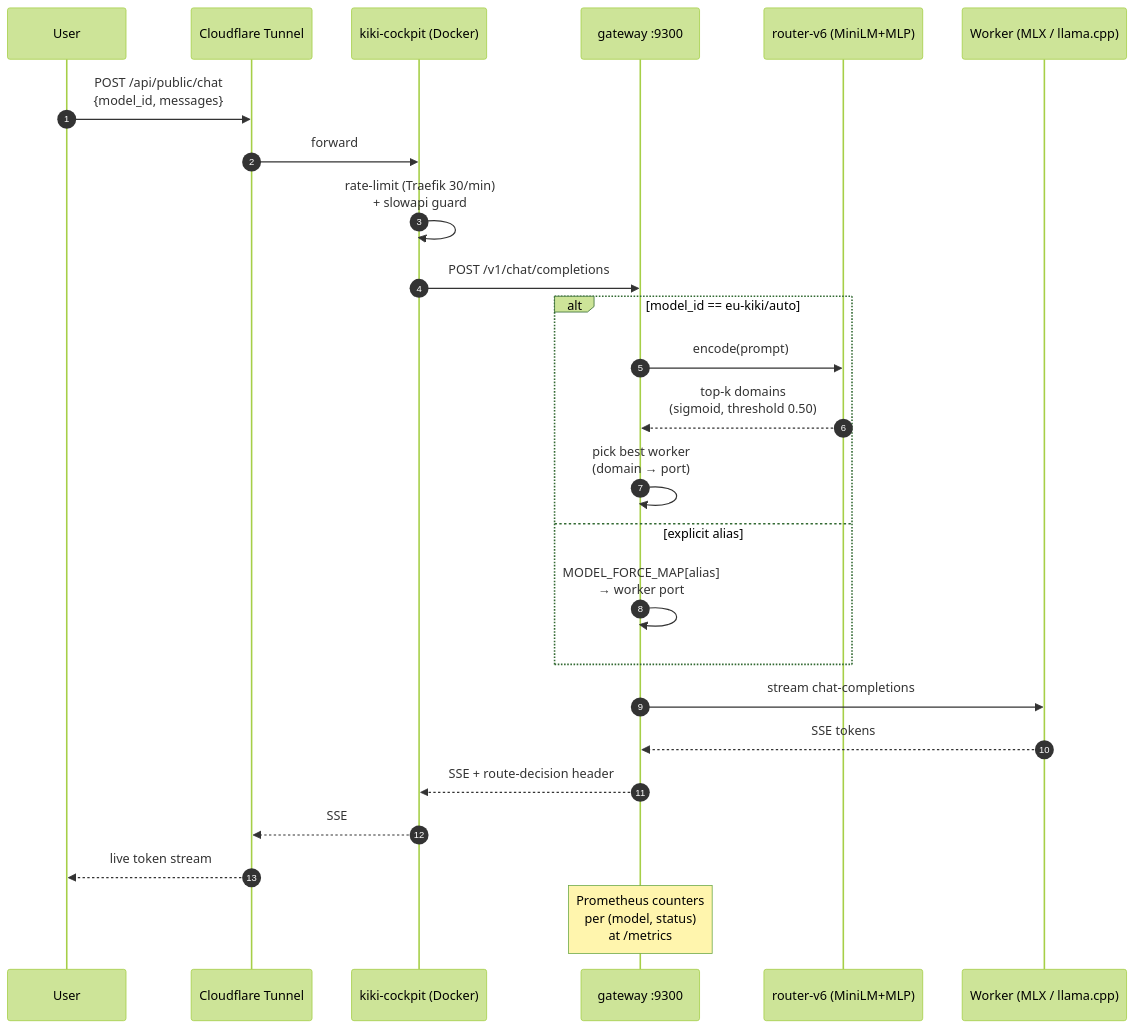
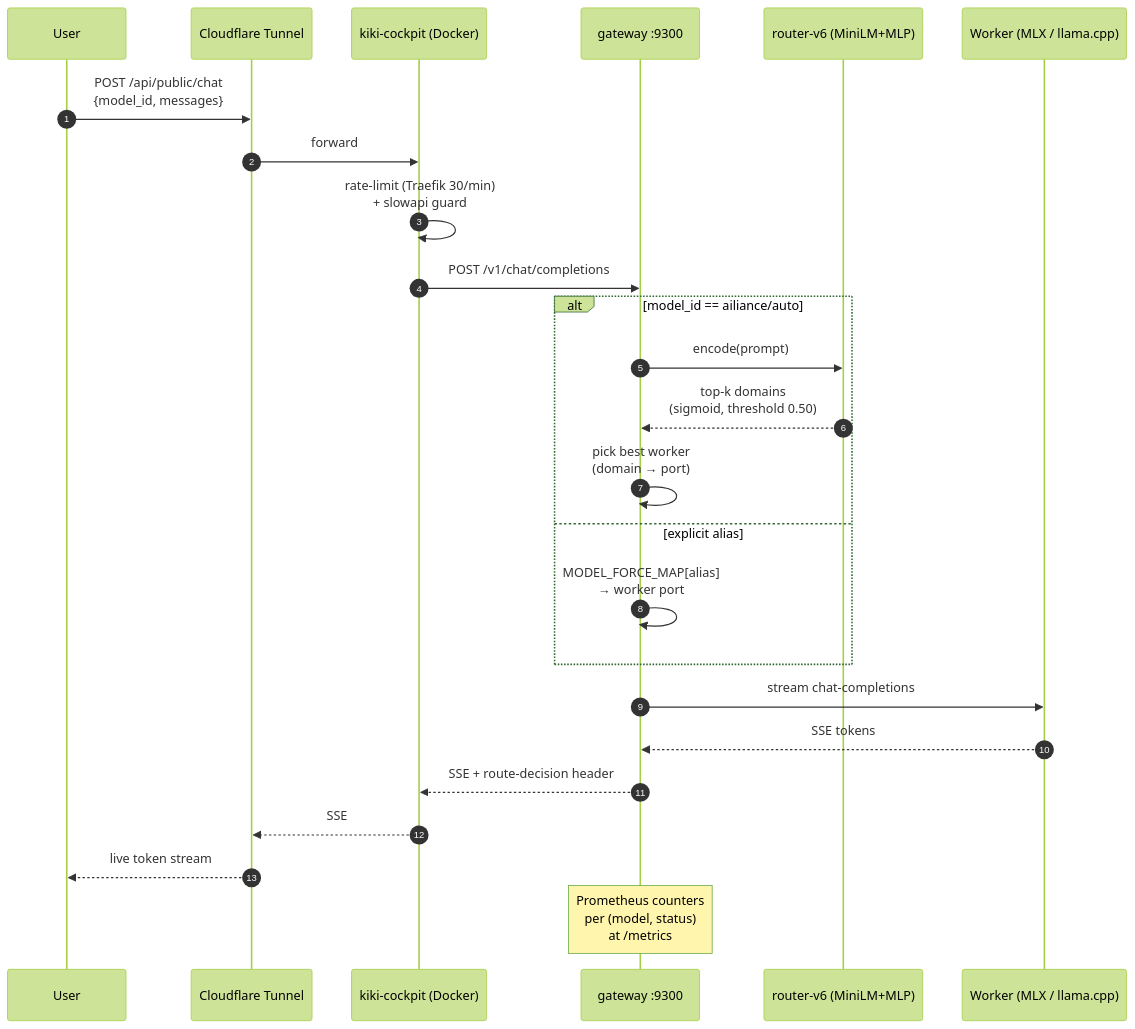
Before and after one commit to ailiance/ailiance: the second of 6 diagrams in README.md, drawn with Mermaid (forest theme). The commit also changed other lines of this file and 87 other files, not shown here.

First line of the commit message:
rebrand: eu-kiki to ailiance

````diff
--- a/README.md
+++ b/README.md
@@ -73,31 +73,31 @@
 ```mermaid
 sequenceDiagram
     autonumber
     participant U as User
     participant C as Cloudflare Tunnel
     participant K as kiki-cockpit (Docker)
     participant G as gateway :9300
     participant R as router-v6 (MiniLM+MLP)
     participant W as Worker (MLX / llama.cpp)
 
     U->>C: POST /api/public/chat<br/>{model_id, messages}
     C->>K: forward
     K->>K: rate-limit (Traefik 30/min)<br/>+ slowapi guard
     K->>G: POST /v1/chat/completions
 
-    alt model_id == eu-kiki/auto
+    alt model_id == ailiance/auto
         G->>R: encode(prompt)
         R-->>G: top-k domains<br/>(sigmoid, threshold 0.50)
         G->>G: pick best worker<br/>(domain → port)
     else explicit alias
         G->>G: MODEL_FORCE_MAP[alias]<br/>→ worker port
     end
 
     G->>W: stream chat-completions
     W-->>G: SSE tokens
     G-->>K: SSE + route-decision header
     K-->>C: SSE
     C-->>U: live token stream
 
     Note over G: Prometheus counters<br/>per (model, status)<br/>at /metrics
 ```
````
